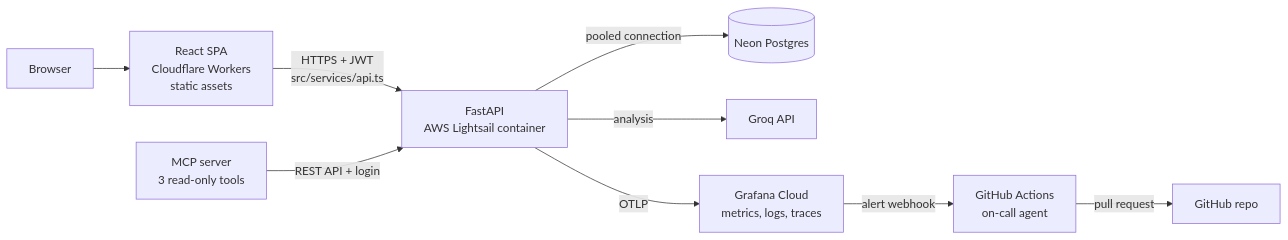
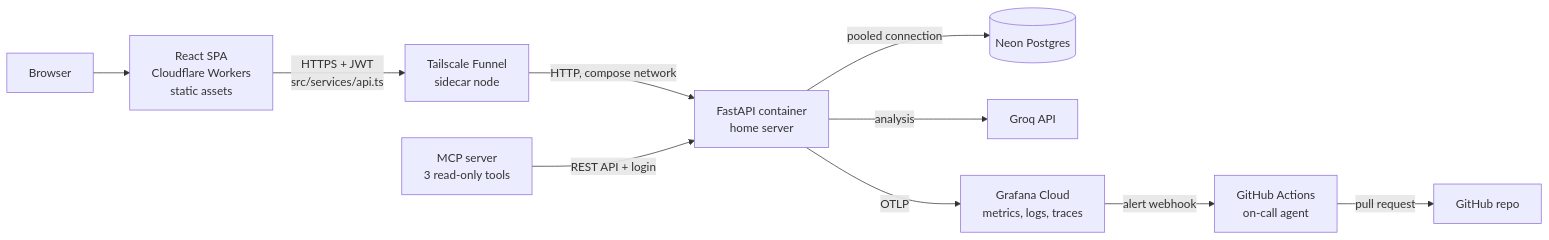
The first of 5 diagrams in docs/architecture.md (vadimvvlasov/anti-scope-creep), drawn with Mermaid before and after one commit. The commit also changed other lines of this file and 16 other files, not shown here.

````diff
--- a/docs/architecture.md
+++ b/docs/architecture.md
@@ -11,11 +11,12 @@
 ```mermaid
 flowchart LR
     U["Browser"] --> FE["React SPA<br/>Cloudflare Workers<br/>static assets"]
-    FE -->|"HTTPS + JWT<br/>src/services/api.ts"| BE["FastAPI<br/>AWS Lightsail container"]
+    FE -->|"HTTPS + JWT<br/>src/services/api.ts"| TS["Tailscale Funnel<br/>sidecar node"]
+    TS -->|"HTTP, compose network"| BE["FastAPI container<br/>home server"]
     BE -->|"pooled connection"| DB[("Neon Postgres")]
     BE -->|"analysis"| LLM["Groq API"]
     BE -->|"OTLP"| OBS["Grafana Cloud<br/>metrics, logs, traces"]
     MCP["MCP server<br/>3 read-only tools"] -->|"REST API + login"| BE
     OBS -->|"alert webhook"| GH["GitHub Actions<br/>on-call agent"]
     GH -->|"pull request"| REPO["GitHub repo"]
 ```
````
